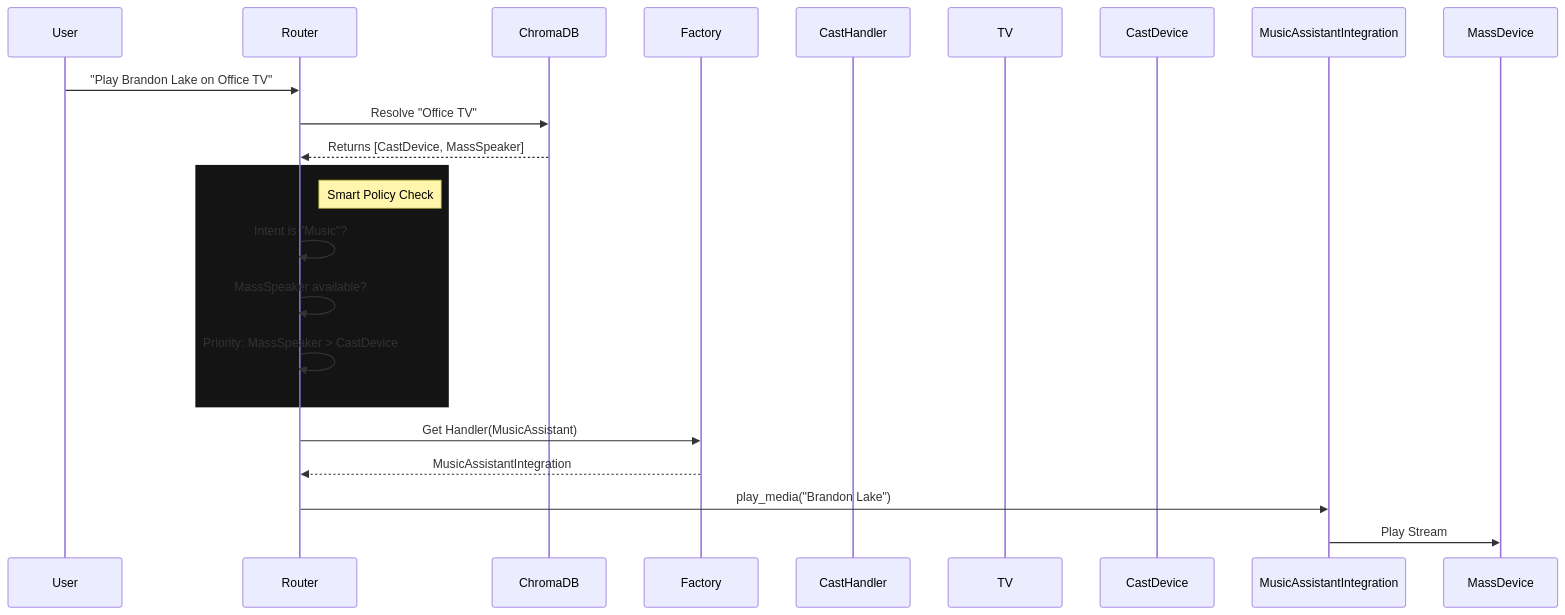
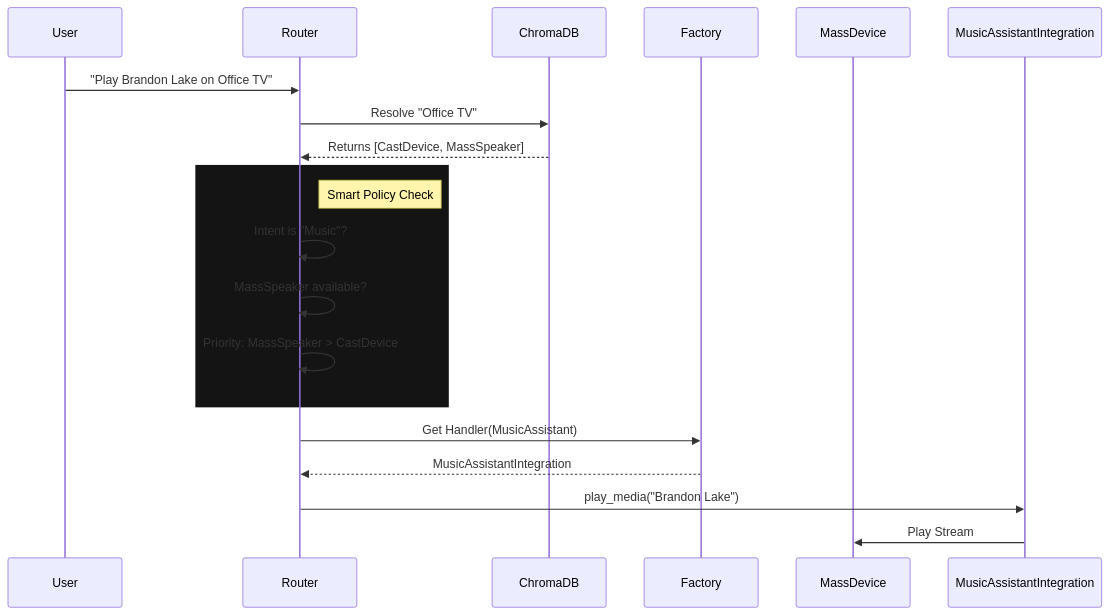
Before and after one commit to JMiahMan1/SharedLLM: the second of 2 diagrams in docs/architecture.md, drawn with Mermaid. The commit also changed other lines of this file and 5 other files, not shown here.

````diff
--- a/docs/architecture.md
+++ b/docs/architecture.md
@@ -51,26 +65,24 @@
 ```mermaid
 sequenceDiagram
     participant User
     participant Router
     participant ChromaDB
     participant Factory
-    participant CastHandler
-    participant TV
-    participant CastDevice
+    participant MassDevice
 
     User->>Router: "Play Brandon Lake on Office TV"
     Router->>ChromaDB: Resolve "Office TV"
     ChromaDB-->>Router: Returns [CastDevice, MassSpeaker]
     
     rect rgb(20, 20, 20)
         note right of Router: Smart Policy Check
         Router->>Router: Intent is "Music"?
         Router->>Router: MassSpeaker available?
         Router->>Router: Priority: MassSpeaker > CastDevice
     end
     
     Router->>Factory: Get Handler(MusicAssistant)
     Factory-->>Router: MusicAssistantIntegration
     Router->>MusicAssistantIntegration: play_media("Brandon Lake")
     MusicAssistantIntegration->>MassDevice: Play Stream
 ```
````
